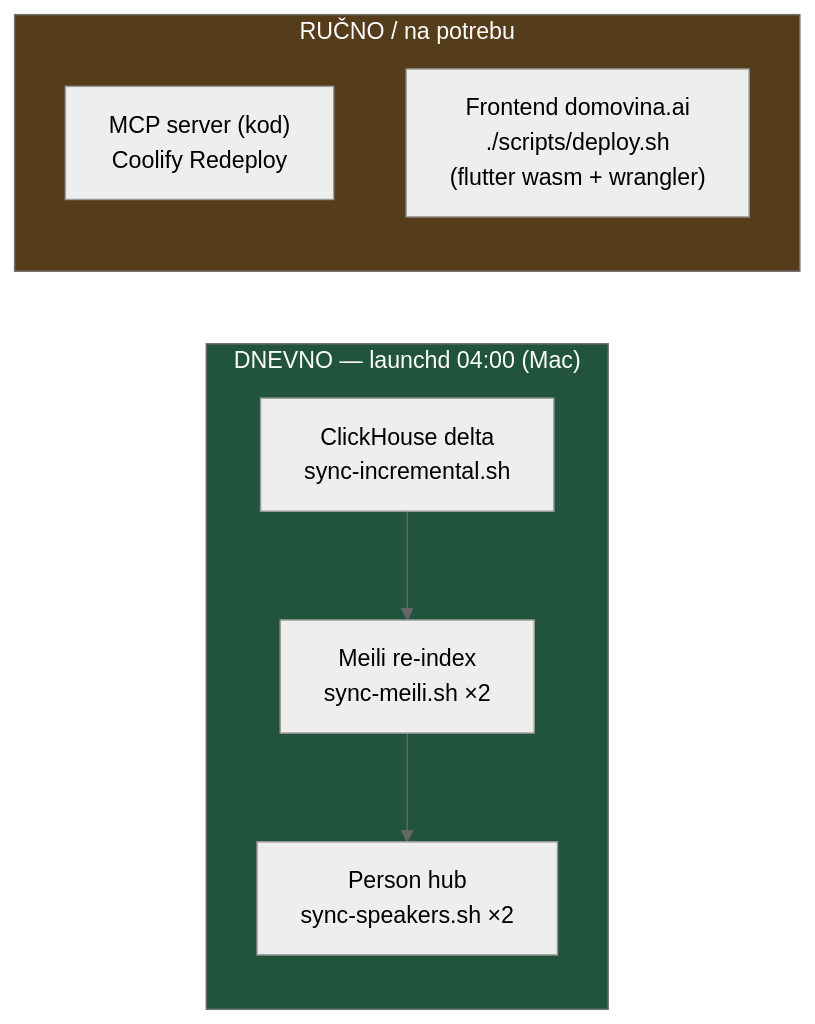
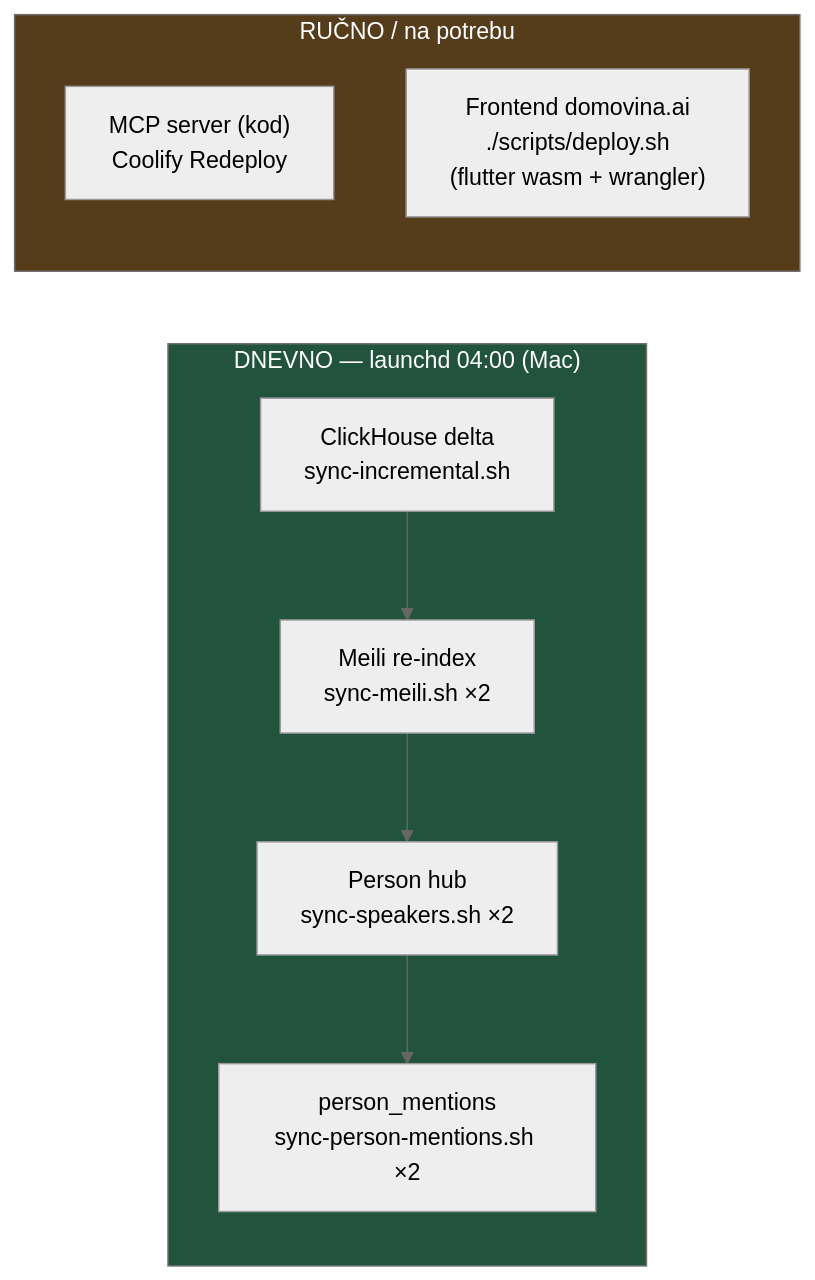
Before and after one commit to domovinatv/domovina-rag: the sixth of 7 diagrams in docs/data-refresh-flow.md, drawn with Mermaid (neutral theme). The commit also changed other lines of this file and 15 other files, not shown here.

First line of the commit message:
feat(mcp,etl): person hub "spominje se u" (mentions) sekcija

````diff
--- a/docs/data-refresh-flow.md
+++ b/docs/data-refresh-flow.md
@@ -202,16 +210,17 @@
 ```mermaid
 flowchart LR
     subgraph DAILY["DNEVNO — launchd 04:00 (Mac)"]
         CH["ClickHouse delta<br/>sync-incremental.sh"]
         ME["Meili re-index<br/>sync-meili.sh ×2"]
         SP["Person hub<br/>sync-speakers.sh ×2"]
-        CH --> ME --> SP
+        PM["person_mentions<br/>sync-person-mentions.sh ×2"]
+        CH --> ME --> SP --> PM
     end
     subgraph MANUAL["RUČNO / na potrebu"]
         MCPD["MCP server (kod)<br/>Coolify Redeploy"]
         FE["Frontend domovina.ai<br/>./scripts/deploy.sh<br/>(flutter wasm + wrangler)"]
     end
 
     style DAILY fill:#22543d,color:#fff
     style MANUAL fill:#553c1a,color:#fff
 ```
````
